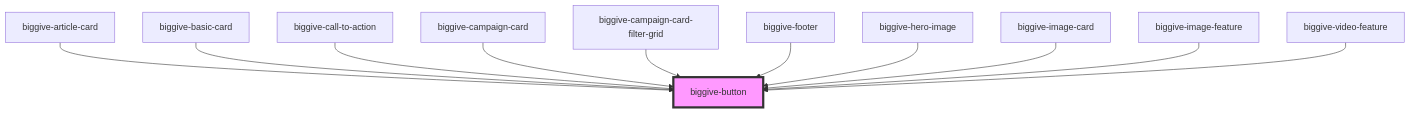
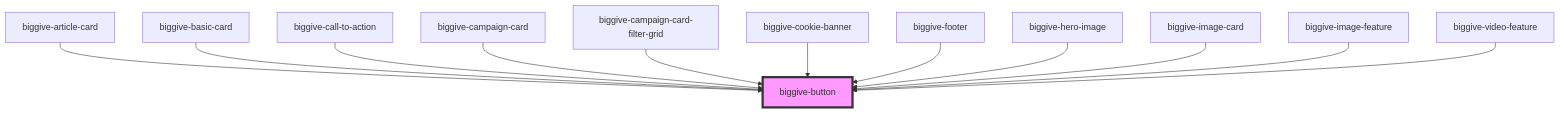
The diagram in src/components/biggive-button/readme.md (thebiggive/components), drawn with Mermaid before and after one commit. The commit also changed other lines of this file and 6 other files, not shown here.

First line of the commit message:
DON-783: First draft of cookie consent initial banner

````diff
--- a/src/components/biggive-button/readme.md
+++ b/src/components/biggive-button/readme.md
@@ -47,14 +48,15 @@
 ```mermaid
 graph TD;
   biggive-article-card --> biggive-button
   biggive-basic-card --> biggive-button
   biggive-call-to-action --> biggive-button
   biggive-campaign-card --> biggive-button
   biggive-campaign-card-filter-grid --> biggive-button
+  biggive-cookie-banner --> biggive-button
   biggive-footer --> biggive-button
   biggive-hero-image --> biggive-button
   biggive-image-card --> biggive-button
   biggive-image-feature --> biggive-button
   biggive-video-feature --> biggive-button
   style biggive-button fill:#f9f,stroke:#333,stroke-width:4px
 ```
````
